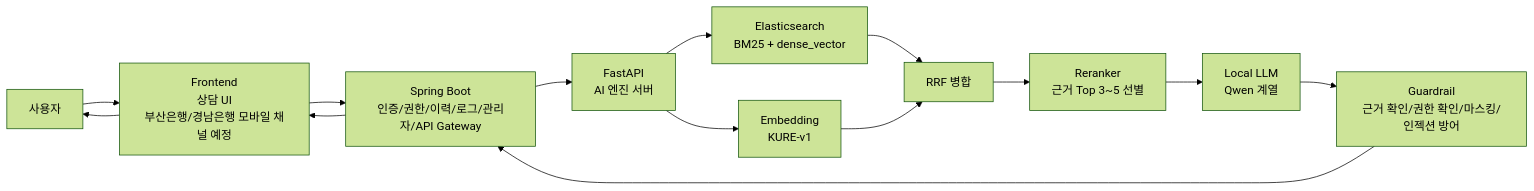
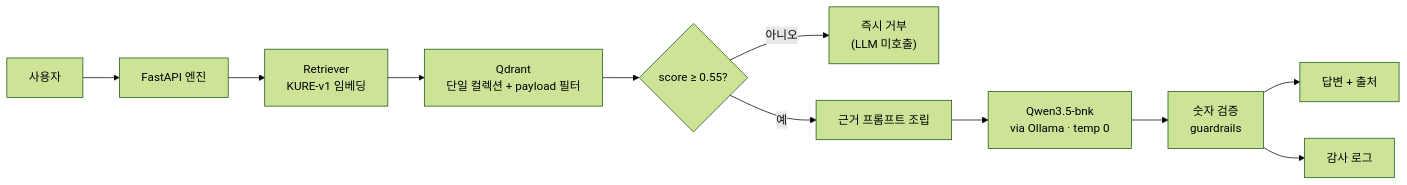
Before and after one commit to BNK-InsightLab-RCB/BNK_Bot: the first of 2 diagrams in README.md, drawn with Mermaid (forest theme). The commit also changed other lines of this file and 21 other files, not shown here.

````diff
--- a/README.md
+++ b/README.md
@@ -31,16 +218,13 @@
 ```mermaid
 flowchart LR
-    U["사용자"] --> FE["Frontend<br/>상담 UI<br/>부산은행/경남은행 모바일 채널 예정"]
-    FE --> SB["Spring Boot<br/>인증/권한/이력/로그/관리자/API Gateway"]
-    SB --> FA["FastAPI<br/>AI 엔진 서버"]
-    FA --> EMB["Embedding<br/>KURE-v1"]
-    FA --> ES["Elasticsearch<br/>BM25 + dense_vector"]
-    ES --> RRF["RRF 병합"]
-    EMB --> RRF
-    RRF --> RR["Reranker<br/>근거 Top 3~5 선별"]
-    RR --> LLM["Local LLM<br/>Qwen 계열"]
-    LLM --> GD["Guardrail<br/>근거 확인/권한 확인/마스킹/인젝션 방어"]
-    GD --> SB
-    SB --> FE
-    FE --> U
+    U["사용자"] --> API["FastAPI 엔진"]
+    API --> RET["Retriever<br/>KURE-v1 임베딩"]
+    RET --> QD["Qdrant<br/>단일 컬렉션 + payload 필터"]
+    QD --> TH{"score ≥ 0.55?"}
+    TH -- "아니오" --> REF["즉시 거부<br/>(LLM 미호출)"]
+    TH -- "예" --> PR["근거 프롬프트 조립"]
+    PR --> LLM["Qwen3.5-bnk<br/>via Ollama · temp 0"]
+    LLM --> GR["숫자 검증<br/>guardrails"]
+    GR --> RES["답변 + 출처"]
+    GR --> AUD["감사 로그"]
 ```
````
